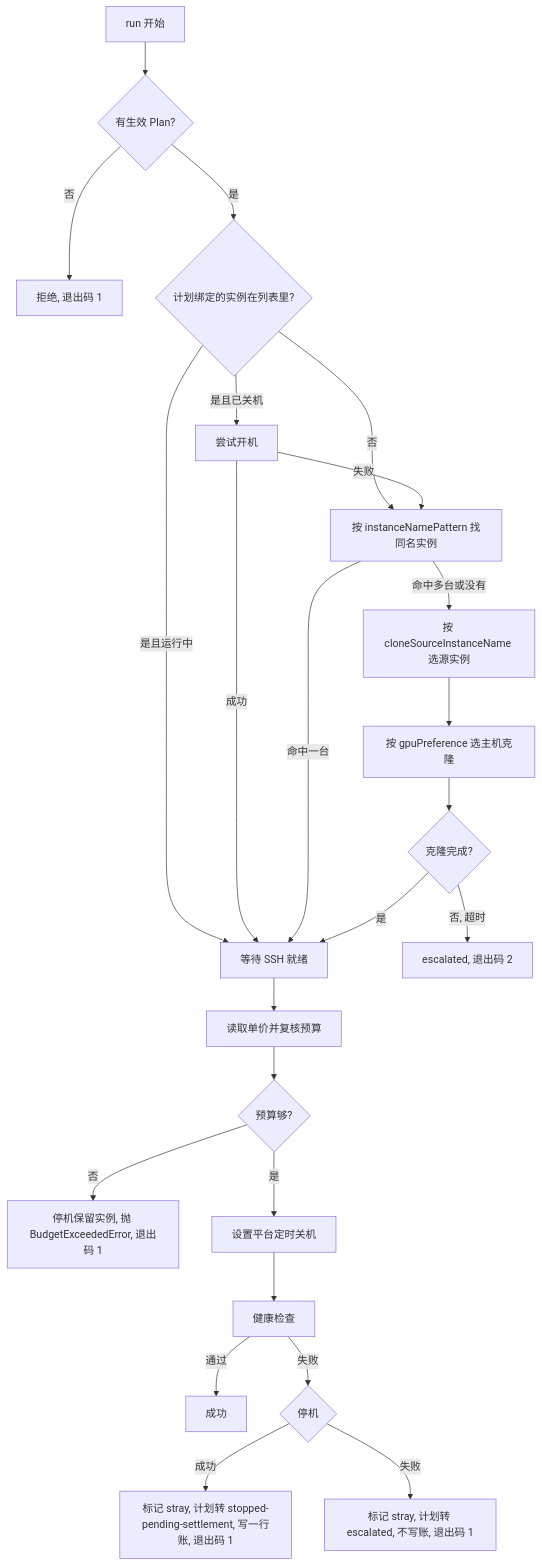
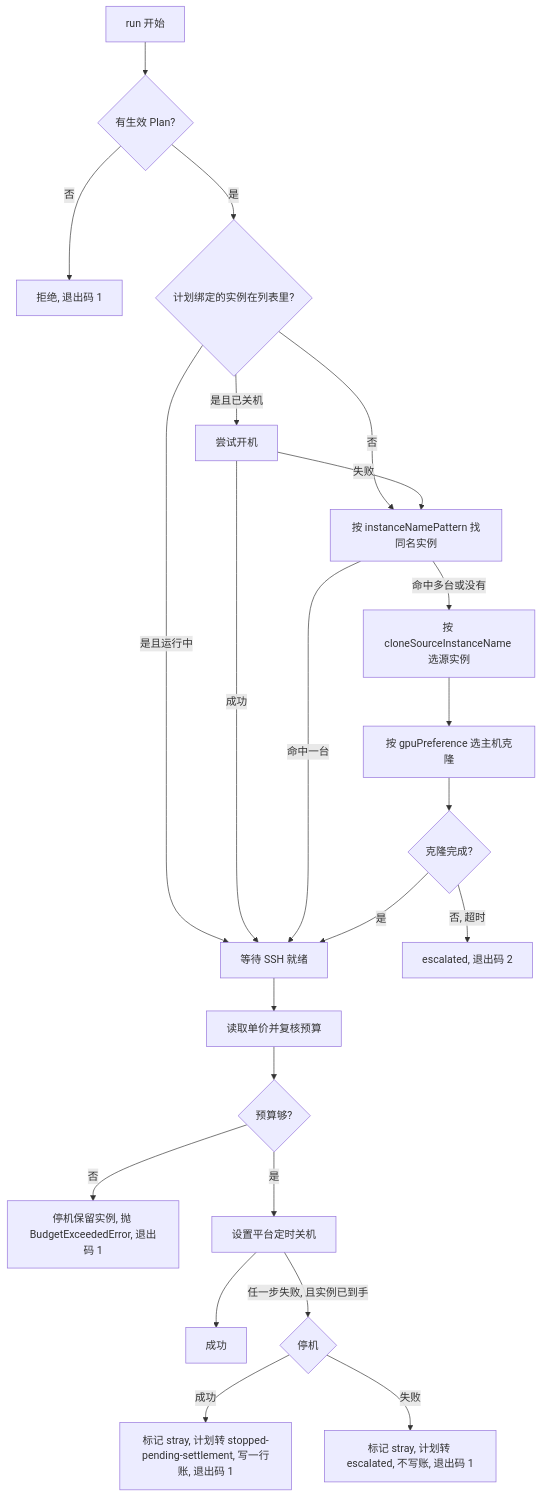
One commit to ZQH123196/deploydeck changed the diagram in docs/specs/deploydeck-phase2.md. Above: the diagram before and after it, drawn with Mermaid. The commit also changed other lines of this file and 21 other files, not shown here.

````diff
--- a/docs/specs/deploydeck-phase2.md
+++ b/docs/specs/deploydeck-phase2.md
@@ -123,26 +122,25 @@
 ```mermaid
 flowchart TB
   A[run 开始] --> B{有生效 Plan?}
   B -- 否 --> Z1[拒绝, 退出码 1]
   B -- 是 --> C{计划绑定的实例在列表里?}
   C -- 是且运行中 --> E[等待 SSH 就绪]
   C -- 是且已关机 --> D[尝试开机]
   C -- 否 --> G[按 instanceNamePattern 找同名实例]
   D -- 成功 --> E
   D -- 失败 --> G
   G -- 命中一台 --> E
   G -- 命中多台或没有 --> H[按 cloneSourceInstanceName 选源实例]
   H --> I[按 gpuPreference 选主机克隆]
   I --> J{克隆完成?}
   J -- 否, 超时 --> Z2[escalated, 退出码 2]
   J -- 是 --> E
   E --> F[读取单价并复核预算]
   F --> K{预算够?}
   K -- 否 --> Z3[停机保留实例, 抛 BudgetExceededError, 退出码 1]
   K -- 是 --> L[设置平台定时关机]
-  L --> M[健康检查]
-  M -- 通过 --> O[成功]
-  M -- 失败 --> P{停机}
+  L --> O[成功]
+  L -- 任一步失败, 且实例已到手 --> P{停机}
   P -- 成功 --> Q[标记 stray, 计划转 stopped-pending-settlement, 写一行账, 退出码 1]
   P -- 失败 --> R[标记 stray, 计划转 escalated, 不写账, 退出码 1]
 ```
````
